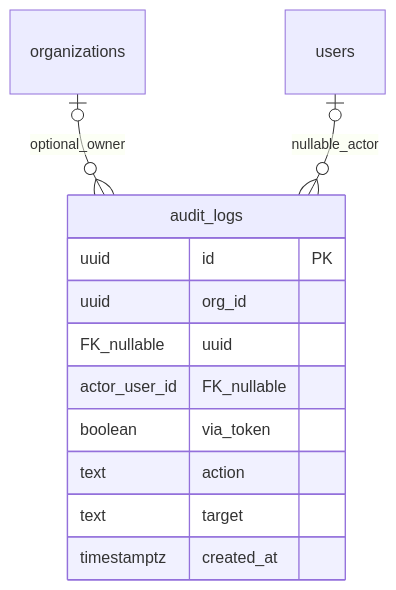
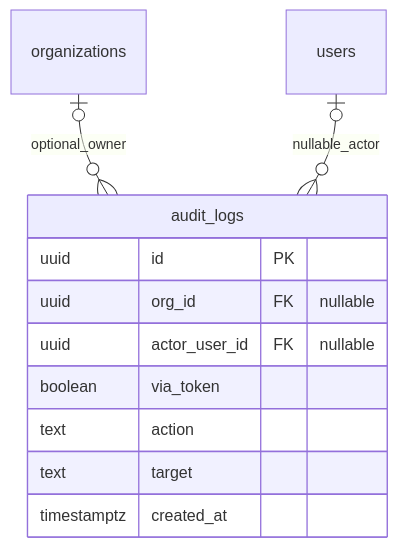
One commit to teamlead-com/cerbix changed diagram 14 of 14 in docs/architecture.md. Above: the diagram before and after it, drawn with Mermaid. The commit also changed other lines of this file, not shown here.

First line of the commit message:
docs: make architecture ER diagrams render on GitHub

````diff
--- a/docs/architecture.md
+++ b/docs/architecture.md
@@ -724,15 +716,15 @@
 ```mermaid
 erDiagram
     organizations o|--o{ audit_logs : optional_owner
     users o|--o{ audit_logs : nullable_actor
 
     audit_logs {
         uuid id PK
-        uuid org_id FK_nullable
-        uuid actor_user_id FK_nullable
+        uuid org_id FK "nullable"
+        uuid actor_user_id FK "nullable"
         boolean via_token
         text action
         text target
         timestamptz created_at
     }
 ```
````
